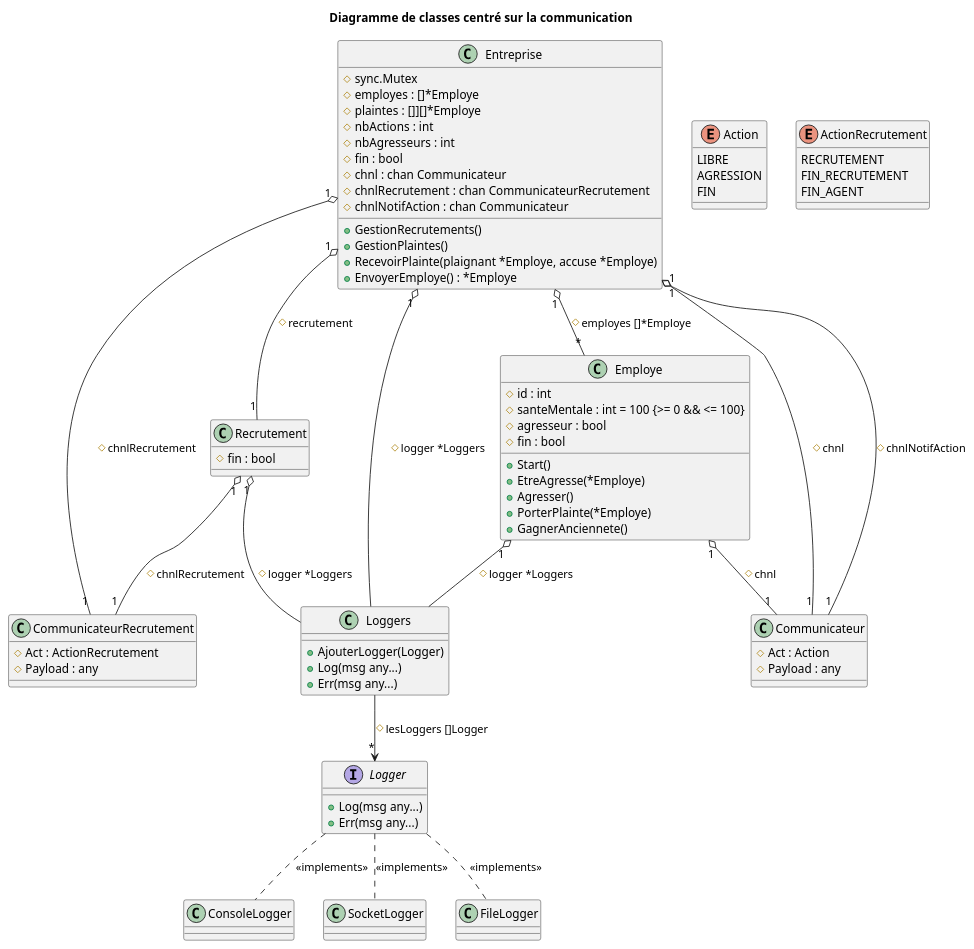
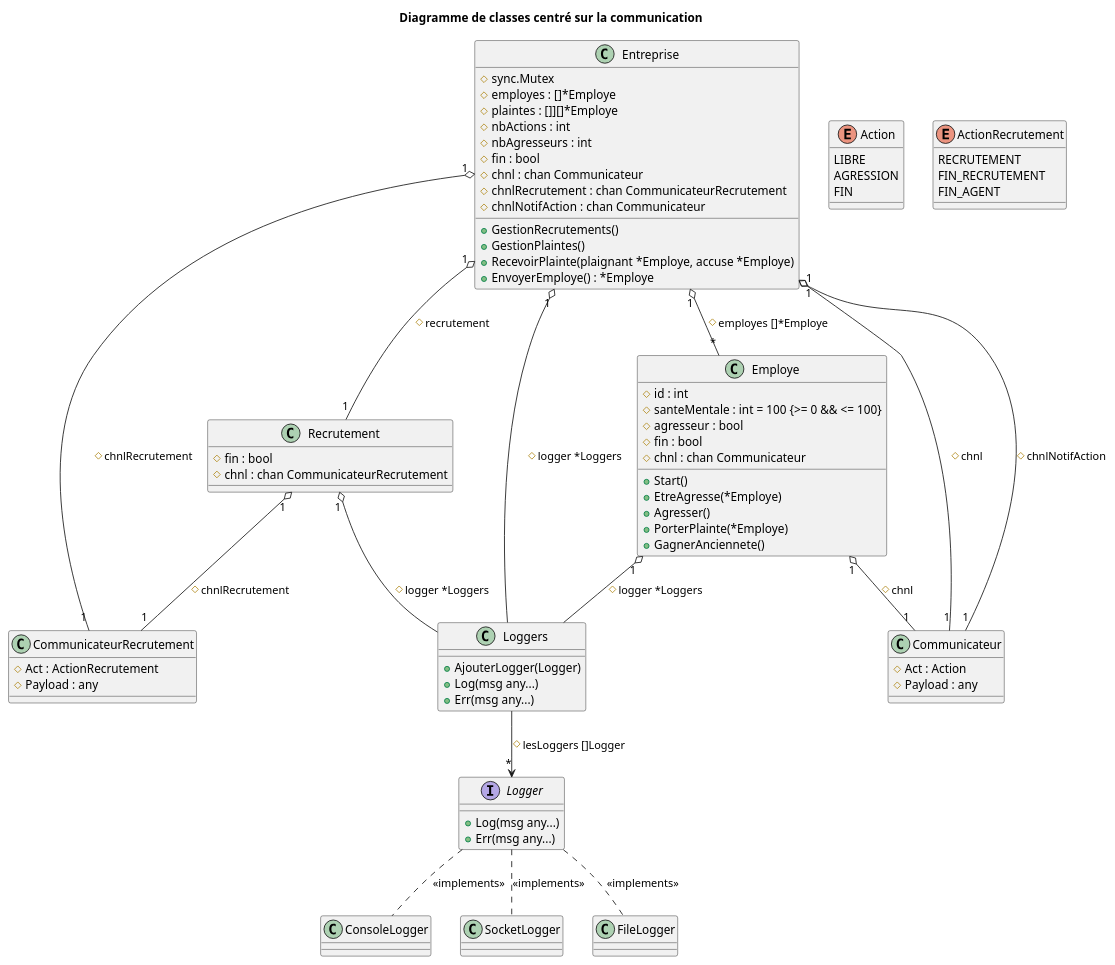
Before and after one commit to MiguelLaura/Recrutement_Inclusif_Paritaire: the diagram in diagrammes/class_Channels.iuml, drawn with PlantUML.

Commit message:
petites corrections

```diff
--- a/diagrammes/class_Channels.iuml
+++ b/diagrammes/class_Channels.iuml
@@ -1,104 +1,106 @@
 @startuml Diagramme de classes centré sur la communication
 
 '-----------------
 ' Parametrage
 
 title Diagramme de classes centré sur la communication
 
 '-----------------
 ' Classes
 
 class Entreprise {
     # sync.Mutex
 	# employes : []*Employe
 	# plaintes : []][]*Employe
 	# nbActions : int
 	# nbAgresseurs : int
 	# fin : bool
 	# chnl : chan Communicateur
 	# chnlRecrutement : chan CommunicateurRecrutement
 	# chnlNotifAction : chan Communicateur
 
     + GestionRecrutements() 
     + GestionPlaintes()
     + RecevoirPlainte(plaignant *Employe, accuse *Employe)
     + EnvoyerEmploye() : *Employe
 }
 
 class Recrutement {
 	# fin : bool
+    # chnl : chan CommunicateurRecrutement
 }
 
 class Employe {
 	# id : int
 	# santeMentale : int = 100 {>= 0 && <= 100}
 	# agresseur : bool
 	# fin : bool
+    # chnl : chan Communicateur
 
     + Start()
     + EtreAgresse(*Employe)
     + Agresser()
     + PorterPlainte(*Employe)
     + GagnerAnciennete()
 }
 
 class Communicateur {
 	# Act : Action
     # Payload : any
 }
 
 class CommunicateurRecrutement {
 	# Act : ActionRecrutement
     # Payload : any
 }
 
 interface Logger {
     + Log(msg any...)
     + Err(msg any...)
 }
 
 class Loggers {
     + AjouterLogger(Logger)
     + Log(msg any...)
     + Err(msg any...)
 }
 
 
 '-----------------
 ' Enumerations
 
 enum Action {
 	LIBRE
 	AGRESSION
 	FIN
 }
 
 enum ActionRecrutement {
 	RECRUTEMENT
 	FIN_RECRUTEMENT
 	FIN_AGENT
 }
 
 '-----------------
 ' Relations
 
 Entreprise "1" o-- "*" Employe : # employes []*Employe
 Entreprise "1" o-- "1" Recrutement : # recrutement
 
 Entreprise "1" o-- Loggers : # logger *Loggers
 Employe "1" o-- Loggers : # logger *Loggers
 Recrutement "1" o-- Loggers : # logger *Loggers
 
 Entreprise "1" o-- "1" Communicateur : # chnl
 Entreprise "1" o-- "1" CommunicateurRecrutement : # chnlRecrutement
 Entreprise "1" o-- "1" Communicateur : # chnlNotifAction
 
 Recrutement "1" o-- "1" CommunicateurRecrutement : # chnlRecrutement
 Employe "1" o-- "1" Communicateur : # chnl
 
 Loggers --> "*" Logger : # lesLoggers []Logger
 
 Logger .. ConsoleLogger : <<implements>>
 Logger .. SocketLogger : <<implements>>
 Logger .. FileLogger : <<implements>>
 @enduml
```
